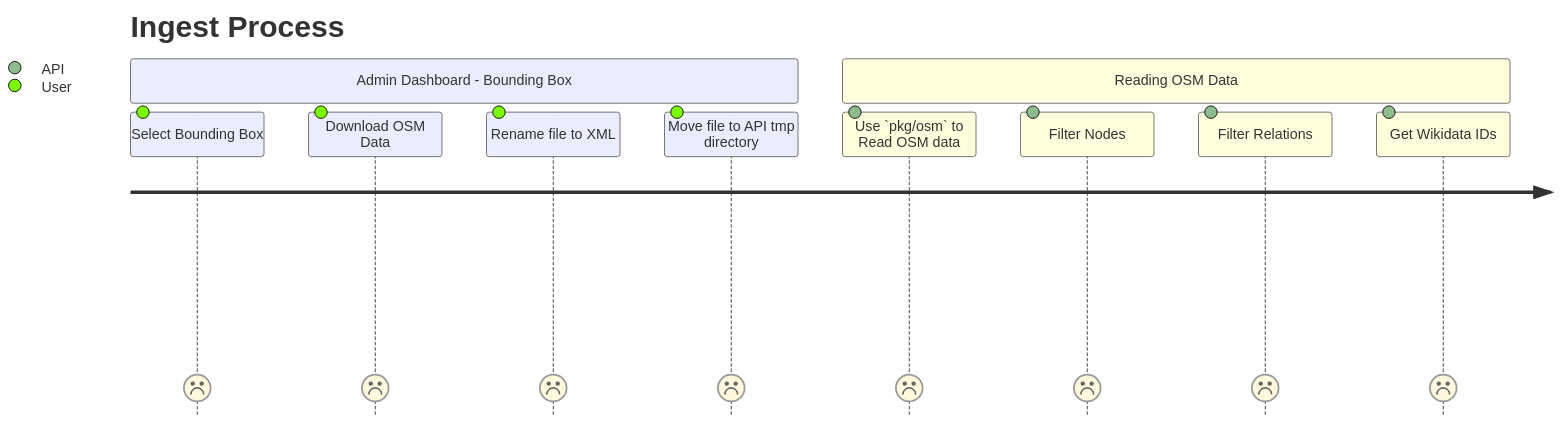
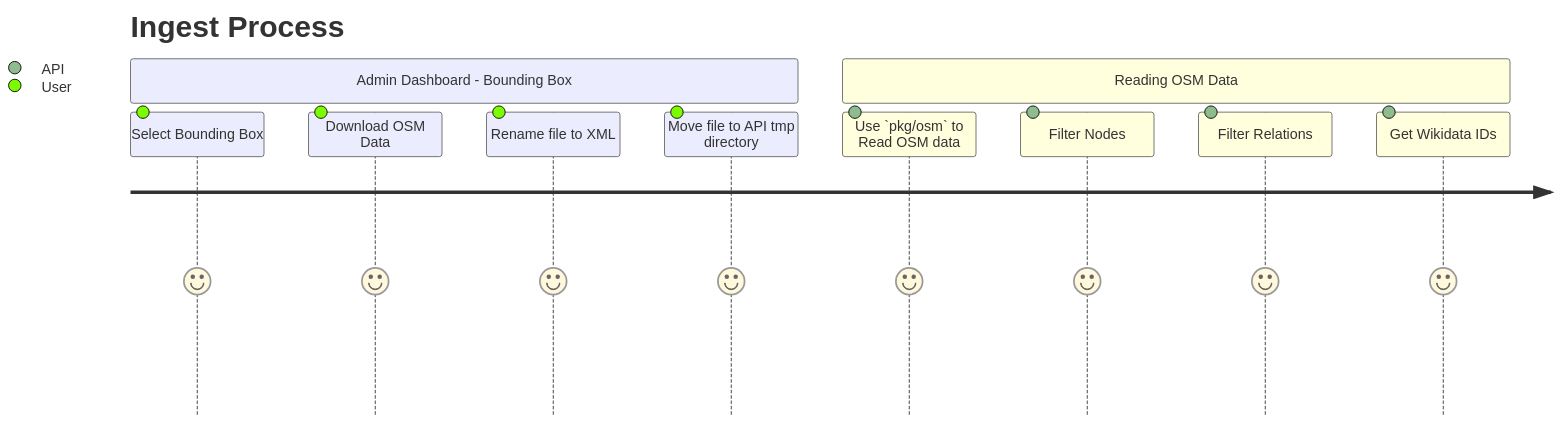
One commit to mertturkmenoglu/wanderlust changed the first of 2 diagrams in api/docs/ingest.md. Above: the diagram before and after it, drawn with Mermaid. The commit also changed other lines of this file, not shown here.

Commit message:
update ingest diagram

````diff
--- a/api/docs/ingest.md
+++ b/api/docs/ingest.md
@@ -5,14 +5,14 @@
 ```mermaid
 journey
   title Ingest Process
   section Admin Dashboard - Bounding Box
-    Select Bounding Box: 1: User
-    Download OSM Data: 1: User
-    Rename file to XML: 1: User
-    Move file to API tmp directory: 1: User
+    Select Bounding Box: 5: User
+    Download OSM Data: 5: User
+    Rename file to XML: 5: User
+    Move file to API tmp directory: 5: User
   section Reading OSM Data
-    Use `pkg/osm` to Read OSM data: 1: API
-    Filter Nodes: 1: API
-    Filter Relations: 1: API
-    Get Wikidata IDs: 1: API
+    Use `pkg/osm` to Read OSM data: 5: API
+    Filter Nodes: 5: API
+    Filter Relations: 5: API
+    Get Wikidata IDs: 5: API
 ```
````
